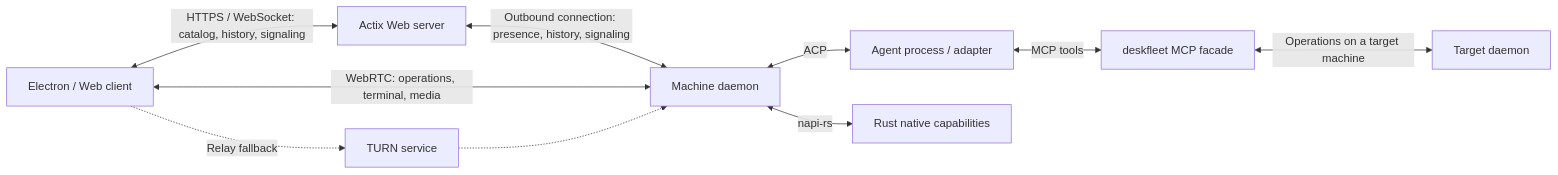
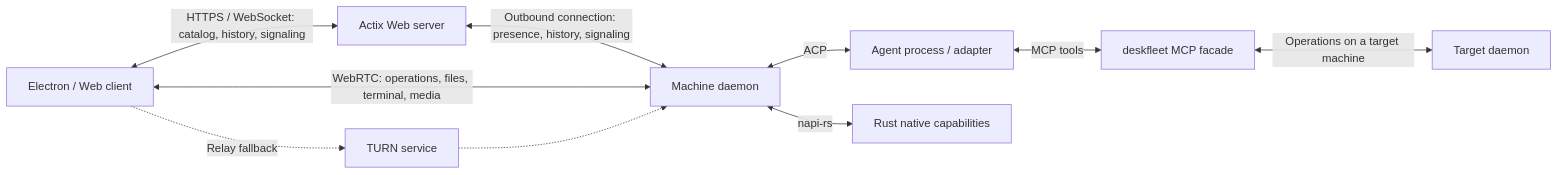
Before and after one commit to BeanDz/deskfleet: the diagram in agents/docs/architecture.md, drawn with Mermaid. The commit also changed other lines of this file and 86 other files, not shown here.

````diff
--- a/agents/docs/architecture.md
+++ b/agents/docs/architecture.md
@@ -23,12 +23,12 @@
 ```mermaid
 flowchart LR
     Client["Electron / Web client"] <-->|"HTTPS / WebSocket: catalog, history, signaling"| Server["Actix Web server"]
     Server <-->|"Outbound connection: presence, history, signaling"| Daemon["Machine daemon"]
-    Client <-->|"WebRTC: operations, terminal, media"| Daemon
+    Client <-->|"WebRTC: operations, files, terminal, media"| Daemon
     Daemon <-->|"ACP"| Agent["Agent process / adapter"]
     Agent <-->|"MCP tools"| MCP["deskfleet MCP facade"]
     MCP <-->|"Operations on a target machine"| Target["Target daemon"]
     Daemon <-->|"napi-rs"| Native["Rust native capabilities"]
     Client -.->|"Relay fallback"| TURN["TURN service"]
     TURN -.-> Daemon
 ```
````
